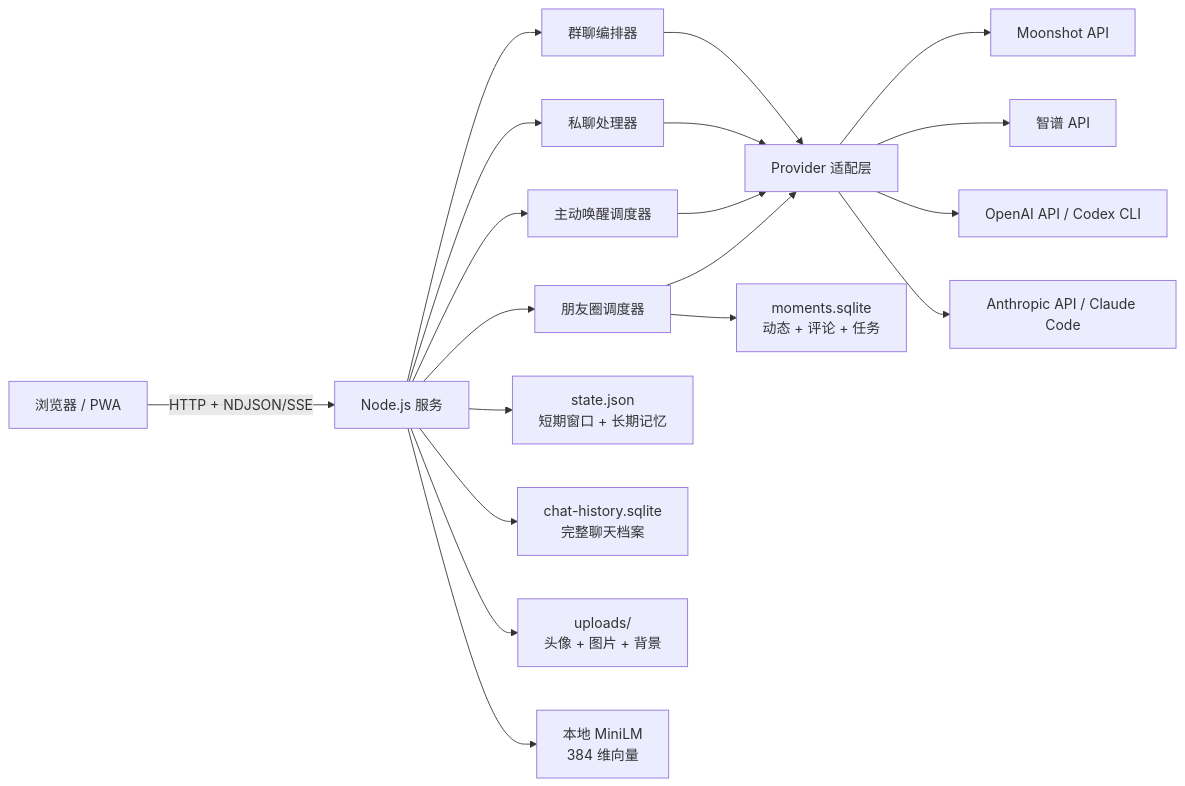
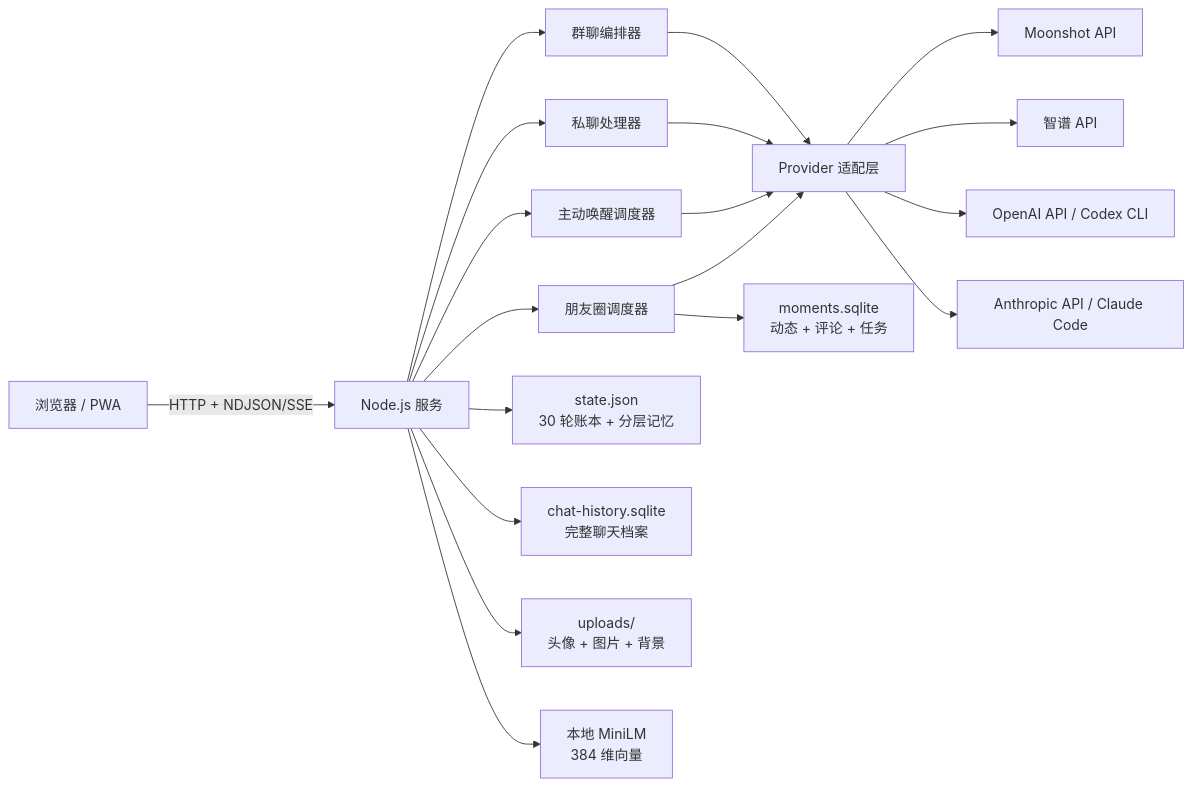
The diagram in README.md (dengyachen643-afk/LIVING-ROOM), drawn with Mermaid before and after one commit. The commit also changed other lines of this file and 38 other files, not shown here.

````diff
--- a/README.md
+++ b/README.md
@@ -27,21 +27,21 @@
 ```mermaid
 flowchart LR
     UI["浏览器 / PWA"] -->|HTTP + NDJSON/SSE| Server["Node.js 服务"]
     Server --> Group["群聊编排器"]
     Server --> Private["私聊处理器"]
     Server --> Proactive["主动唤醒调度器"]
     Server --> Moments["朋友圈调度器"]
     Group --> Providers["Provider 适配层"]
     Private --> Providers
     Proactive --> Providers
     Moments --> Providers
     Providers --> Kimi["Moonshot API"]
     Providers --> GLM["智谱 API"]
     Providers --> OpenAI["OpenAI API / Codex CLI"]
     Providers --> Claude["Anthropic API / Claude Code"]
-    Server --> State["state.json\n短期窗口 + 长期记忆"]
+    Server --> State["state.json\n30 轮账本 + 分层记忆"]
     Server --> Archive["chat-history.sqlite\n完整聊天档案"]
     Moments --> MomentsDB["moments.sqlite\n动态 + 评论 + 任务"]
     Server --> Uploads["uploads/\n头像 + 图片 + 背景"]
     Server --> Embeddings["本地 MiniLM\n384 维向量"]
 ```
````
